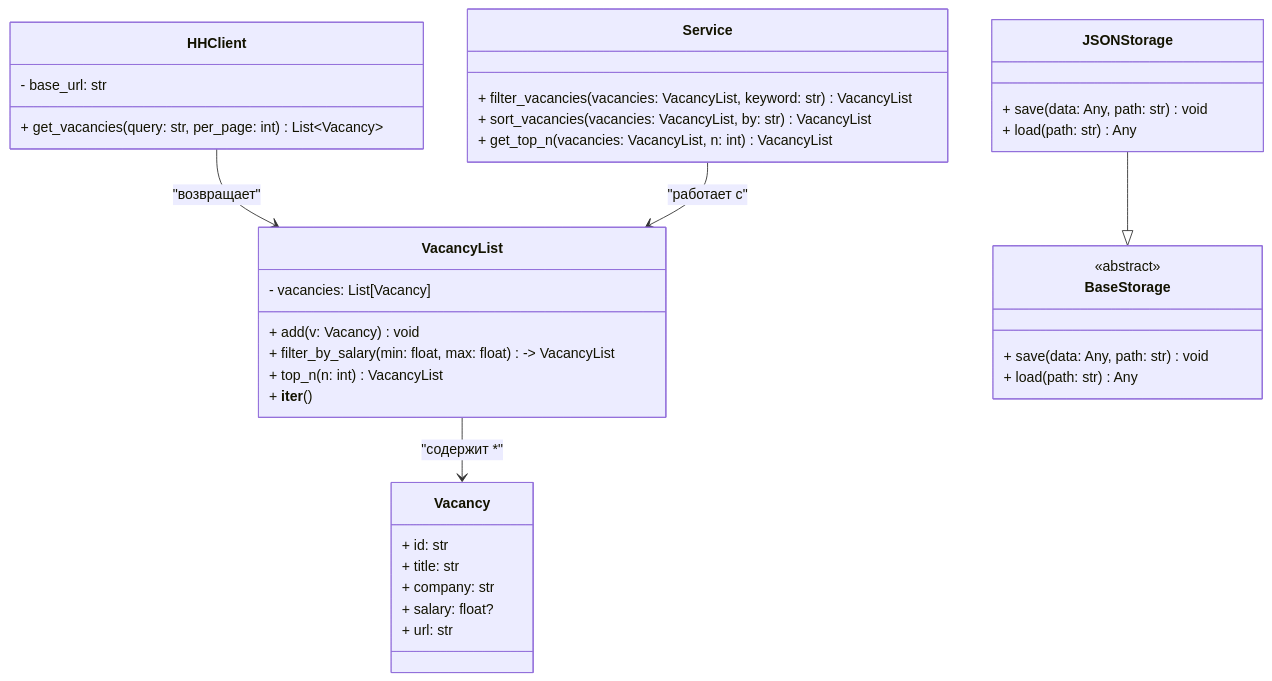
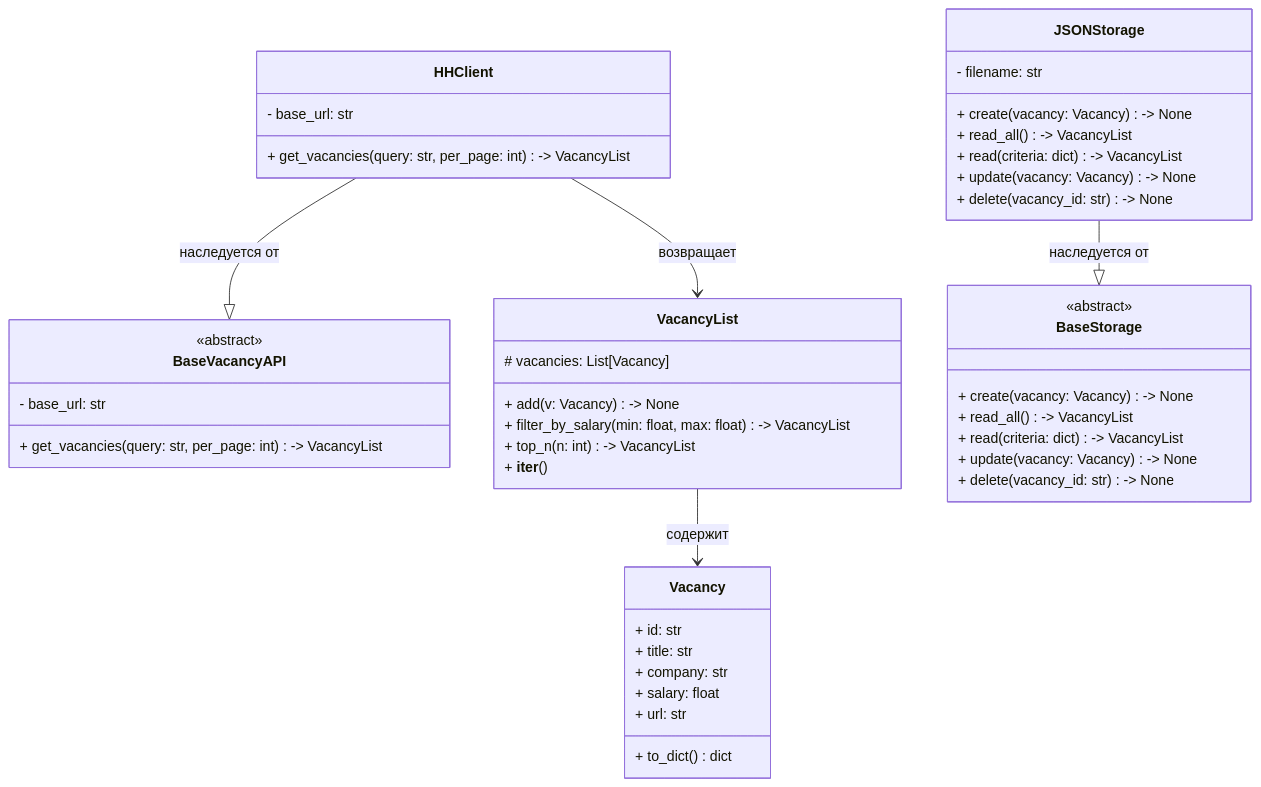
The diagram in README.md (dagniden/HHParser), drawn with Mermaid before and after one commit. The commit also changed other lines of this file, not shown here.

Commit message:
Обновлено ТЗ для реализации

````diff
--- a/README.md
+++ b/README.md
@@ -23,47 +23,57 @@
 ```mermaid
 
 classDiagram
+    class BaseVacancyAPI {
+        <<abstract>>
+        - base_url: str
+        + get_vacancies(query: str, per_page: int) -> VacancyList
+    }
+    
     class HHClient {
         - base_url: str
-        + get_vacancies(query: str, per_page: int) List~Vacancy~
+        + get_vacancies(query: str, per_page: int) -> VacancyList
     }
 
     class Vacancy {
         + id: str
         + title: str
         + company: str
-        + salary: float?
+        + salary: float
         + url: str
+        + to_dict() dict
     }
 
     class VacancyList {
-        - vacancies: List[Vacancy]
-        + add(v: Vacancy) void
+        # vacancies: List[Vacancy]
+        + add(v: Vacancy) -> None
         + filter_by_salary(min: float, max: float) -> VacancyList
-        + top_n(n: int) VacancyList
+        + top_n(n: int) -> VacancyList
         + __iter__()
     }
 
     class BaseStorage {
         <<abstract>>
-        + save(data: Any, path: str) void
-        + load(path: str) Any
+        + create(vacancy: Vacancy) -> None
+        + read_all() -> VacancyList
+        + read(criteria: dict) -> VacancyList
+        + update(vacancy: Vacancy) -> None
+        + delete(vacancy_id: str) -> None
     }
 
     class JSONStorage {
-        + save(data: Any, path: str) void
-        + load(path: str) Any
+        - filename: str
+        + create(vacancy: Vacancy) -> None
+        + read_all() -> VacancyList
+        + read(criteria: dict) -> VacancyList
+        + update(vacancy: Vacancy) -> None
+        + delete(vacancy_id: str) -> None
     }
 
-    class Service {
-        + filter_vacancies(vacancies: VacancyList, keyword: str) VacancyList
-        + sort_vacancies(vacancies: VacancyList, by: str) VacancyList
-        + get_top_n(vacancies: VacancyList, n: int) VacancyList
-    }
+    HHClient --|> BaseVacancyAPI : наследуется от
+    HHClient --> VacancyList : возвращает
+    VacancyList --> Vacancy : содержит
+    JSONStorage --|> BaseStorage : наследуется от
 
-    HHClient --> VacancyList : "возвращает"
-    VacancyList --> Vacancy : "содержит *"
-    JSONStorage --|> BaseStorage
-    Service --> VacancyList : "работает с"
+
 
 ```
````
